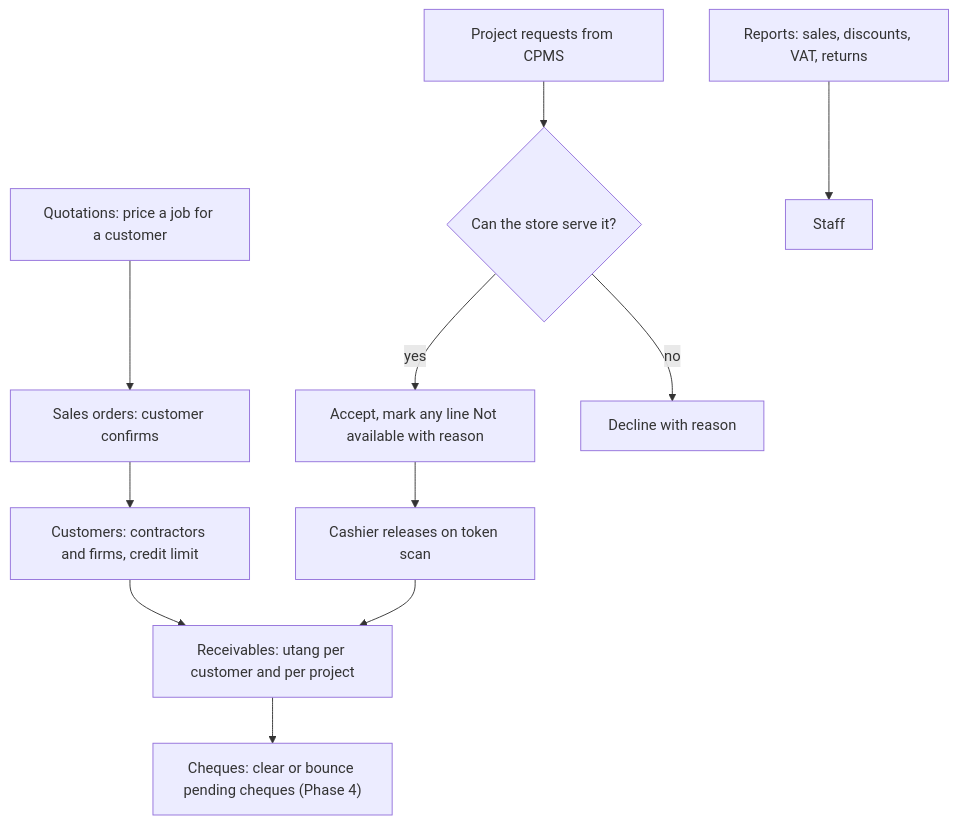
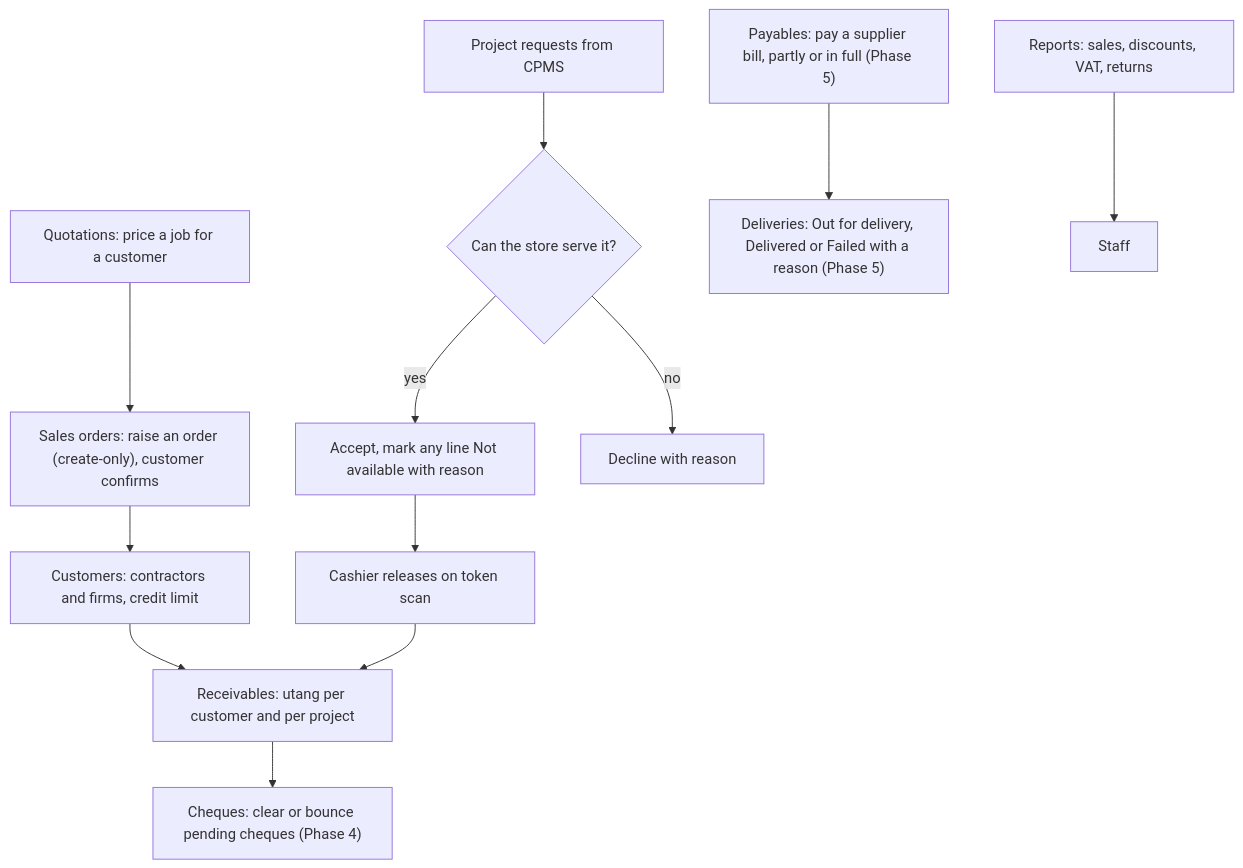
One commit to ziminni/qb_hardwarestore changed the fourth of 6 diagrams in docs/ROLE-FLOWS.md. Above: the diagram before and after it, drawn with Mermaid. The commit also changed other lines of this file and 144 other files, not shown here.

````diff
--- a/docs/ROLE-FLOWS.md
+++ b/docs/ROLE-FLOWS.md
@@ -76,13 +82,14 @@
 ```mermaid
 flowchart TD
-  Q[Quotations: price a job for a customer] --> SO[Sales orders: customer confirms]
+  Q[Quotations: price a job for a customer] --> SO["Sales orders: raise an order (create-only), customer confirms"]
   SO --> CU[Customers: contractors and firms, credit limit]
   CU --> RCV[Receivables: utang per customer and per project]
   RCV --> CH["Cheques: clear or bounce pending cheques (Phase 4)"]
   PR[Project requests from CPMS] --> DEC{Can the store serve it?}
   DEC -- yes --> ACC[Accept, mark any line Not available with reason]
   DEC -- no --> DCL[Decline with reason]
   ACC --> CASH[Cashier releases on token scan]
   CASH --> RCV
+  PB["Payables: pay a supplier bill, partly or in full (Phase 5)"] --> DEL["Deliveries: Out for delivery, Delivered or Failed with a reason (Phase 5)"]
   RPT[Reports: sales, discounts, VAT, returns] --> ST[Staff]
 ```
````
